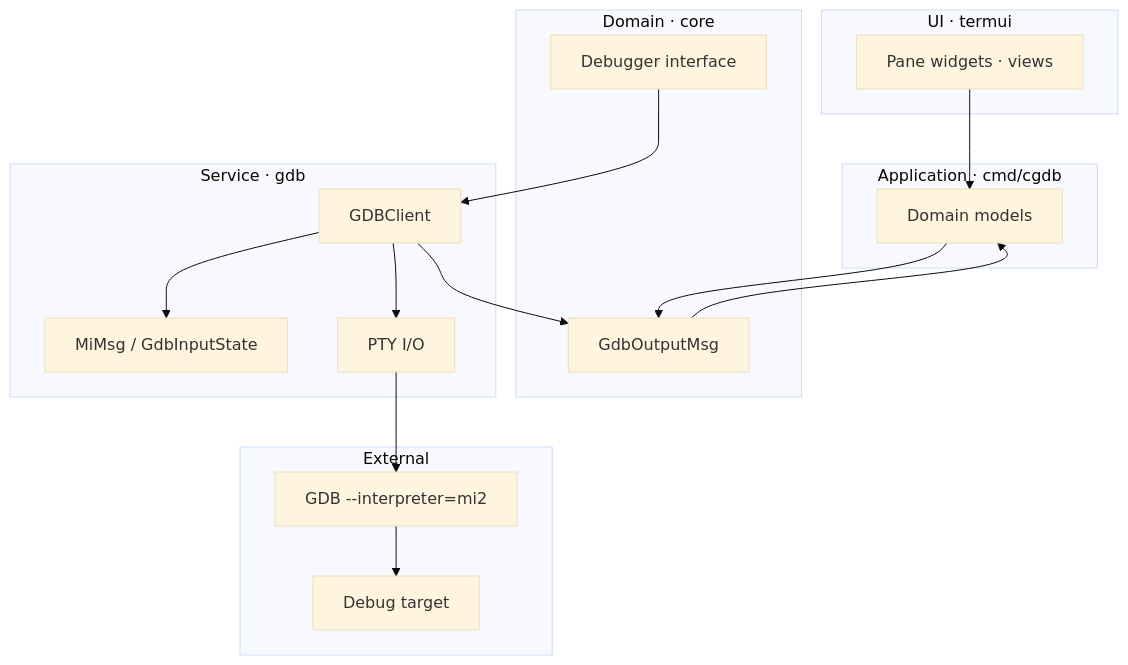
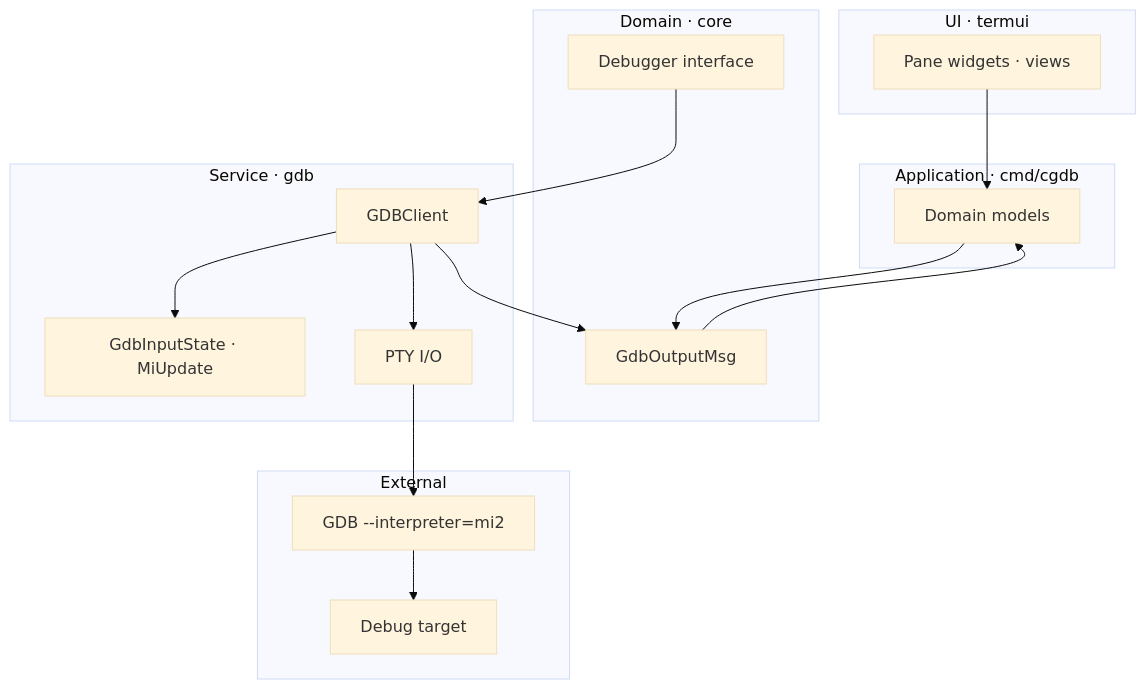
The first of 3 diagrams in docs/DEBUGGER_INTEGRATION.md (yairgd/gdbforge), drawn with Mermaid (base theme) before and after one commit. The commit also changed other lines of this file and 8 other files, not shown here.

````diff
--- a/docs/DEBUGGER_INTEGRATION.md
+++ b/docs/DEBUGGER_INTEGRATION.md
@@ -27,34 +27,34 @@
 ```mermaid
 flowchart TB
     subgraph UI["UI · termui"]
         Widgets["Pane widgets · views"]
     end
 
     subgraph App["Application · cmd/cgdb"]
         Models["Domain models"]
     end
 
     subgraph Domain["Domain · core"]
         DebuggerIF["Debugger interface"]
         Events["GdbOutputMsg"]
     end
 
     subgraph Backend["Service · gdb"]
         Client["GDBClient"]
-        MI["MiMsg / GdbInputState"]
+        MI["GdbInputState · MiUpdate"]
         PTY["PTY I/O"]
     end
 
     subgraph External["External"]
         GDB["GDB --interpreter=mi2"]
         Target["Debug target"]
     end
 
     Widgets --> Models
     Models --> Events
     Client --> Events
     Events --> Models
     DebuggerIF --> Client
     Client --> PTY --> GDB --> Target
     Client --> MI
 ```
````
